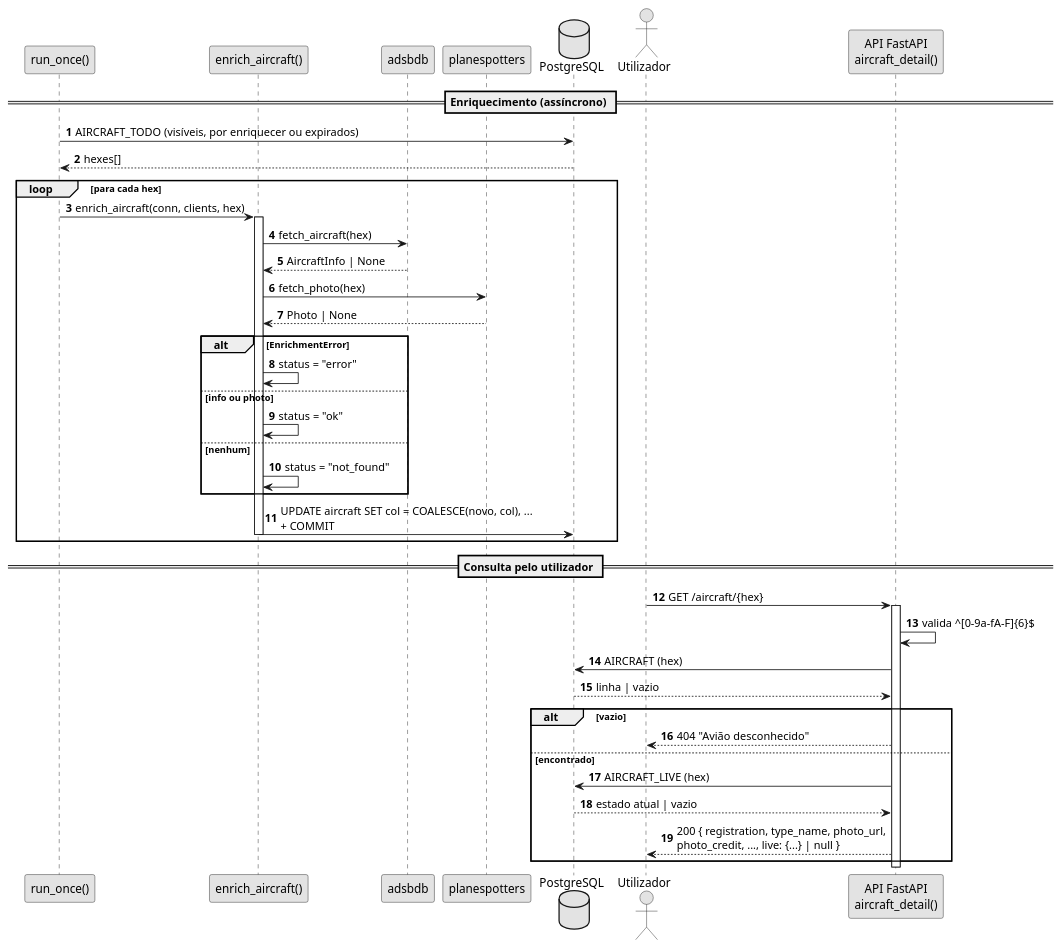
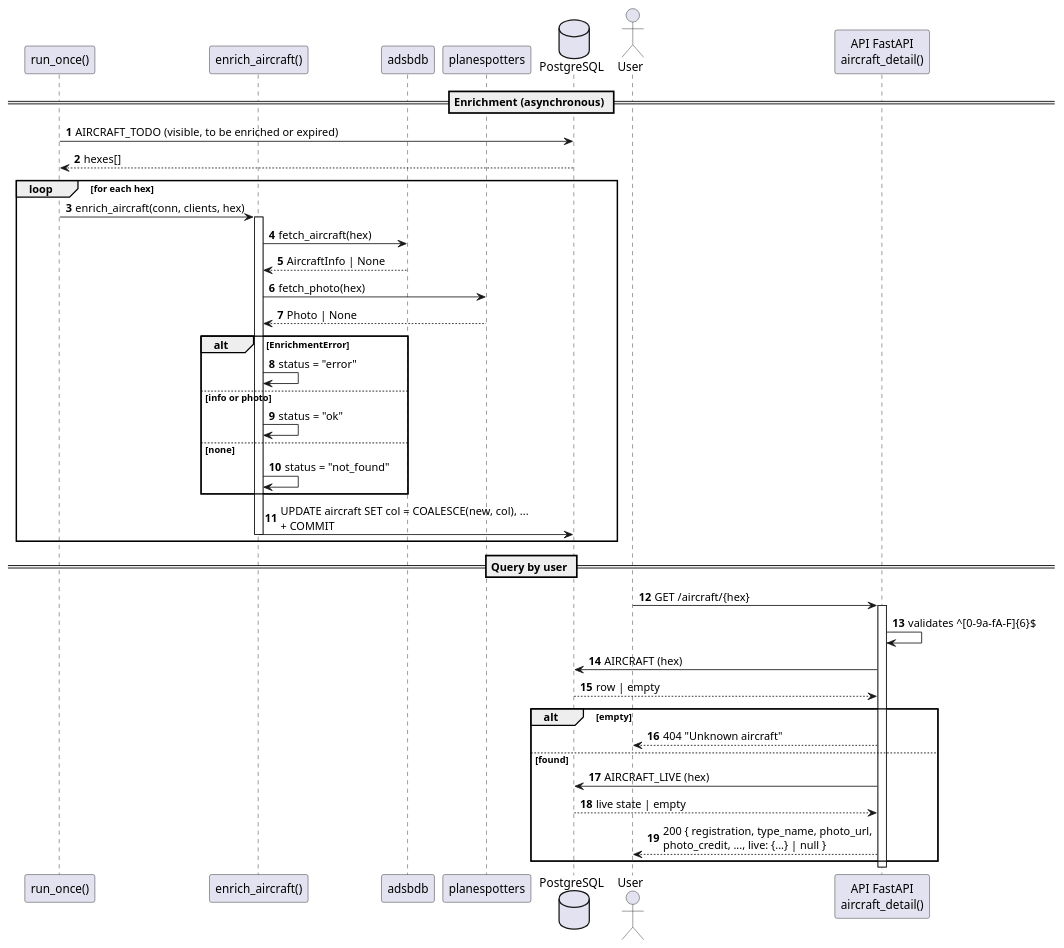
One commit to miguelsiilva1/SkyTracer changed the diagram in docs/system-documentation/use-cases/US04/puml/sd_us04.puml. Above: the diagram before and after it, drawn with PlantUML. The commit also changed 42 other files, not shown here.

```diff
--- a/docs/system-documentation/use-cases/US04/puml/sd_us04.puml
+++ b/docs/system-documentation/use-cases/US04/puml/sd_us04.puml
@@ -1,47 +1,46 @@
 @startuml
 autonumber
-skinparam monochrome true
 participant "run_once()" as W
 participant "enrich_aircraft()" as EA
 participant "adsbdb" as A
 participant "planespotters" as P
 database "PostgreSQL" as DB
-actor "Utilizador" as U
+actor "User" as U
 participant "API FastAPI\naircraft_detail()" as API
 
-== Enriquecimento (assíncrono) ==
-W -> DB : AIRCRAFT_TODO (visíveis, por enriquecer ou expirados)
+== Enrichment (asynchronous) ==
+W -> DB : AIRCRAFT_TODO (visible, to be enriched or expired)
 DB --> W : hexes[]
-loop para cada hex
+loop for each hex
   W -> EA : enrich_aircraft(conn, clients, hex)
   activate EA
   EA -> A : fetch_aircraft(hex)
   A --> EA : AircraftInfo | None
   EA -> P : fetch_photo(hex)
   P --> EA : Photo | None
   alt EnrichmentError
     EA -> EA : status = "error"
-  else info ou photo
+  else info or photo
     EA -> EA : status = "ok"
-  else nenhum
+  else none
     EA -> EA : status = "not_found"
   end
-  EA -> DB : UPDATE aircraft SET col = COALESCE(novo, col), ...\n+ COMMIT
+  EA -> DB : UPDATE aircraft SET col = COALESCE(new, col), ...\n+ COMMIT
   deactivate EA
 end
 
-== Consulta pelo utilizador ==
+== Query by user ==
 U -> API : GET /aircraft/{hex}
 activate API
-API -> API : valida ^[0-9a-fA-F]{6}$
+API -> API : validates ^[0-9a-fA-F]{6}$
 API -> DB : AIRCRAFT (hex)
-DB --> API : linha | vazio
-alt vazio
-  API --> U : 404 "Avião desconhecido"
-else encontrado
+DB --> API : row | empty
+alt empty
+  API --> U : 404 "Unknown aircraft"
+else found
   API -> DB : AIRCRAFT_LIVE (hex)
-  DB --> API : estado atual | vazio
+  DB --> API : live state | empty
   API --> U : 200 { registration, type_name, photo_url,\nphoto_credit, ..., live: {...} | null }
 end
 deactivate API
 @enduml
```
